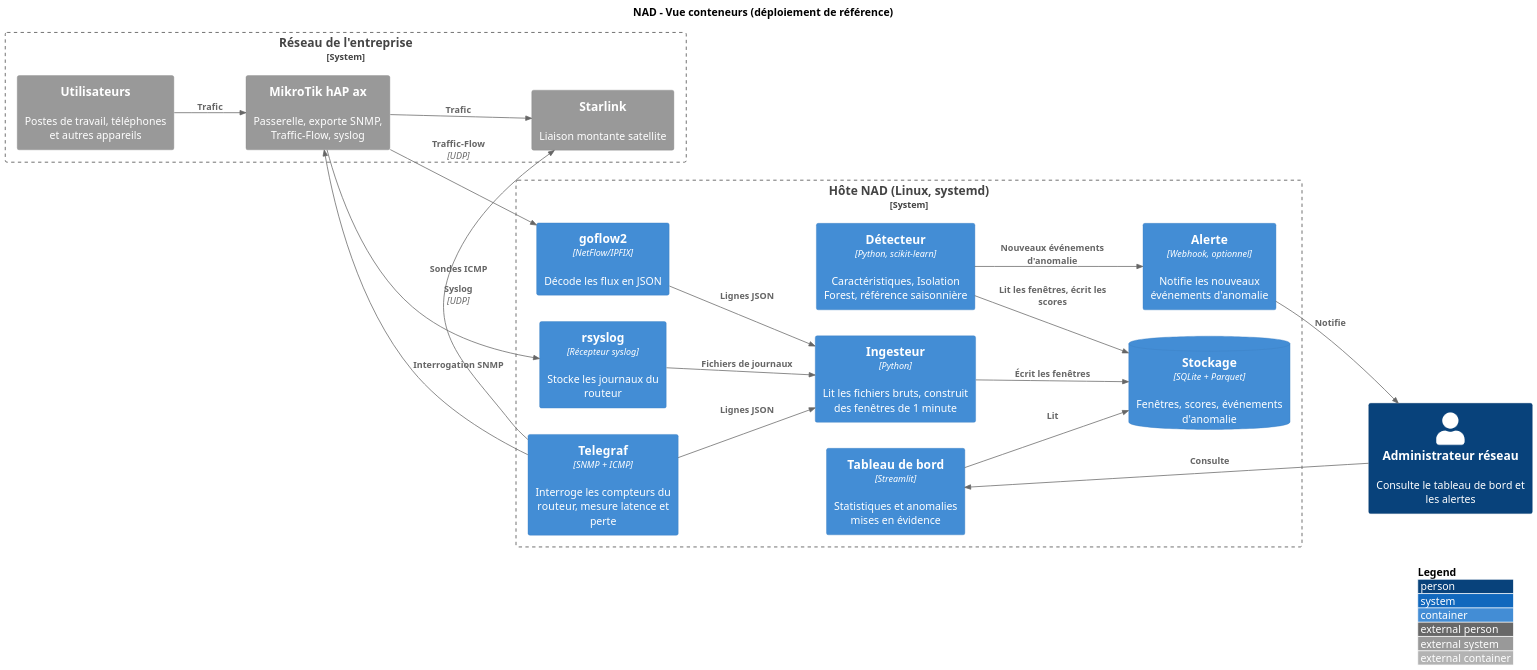
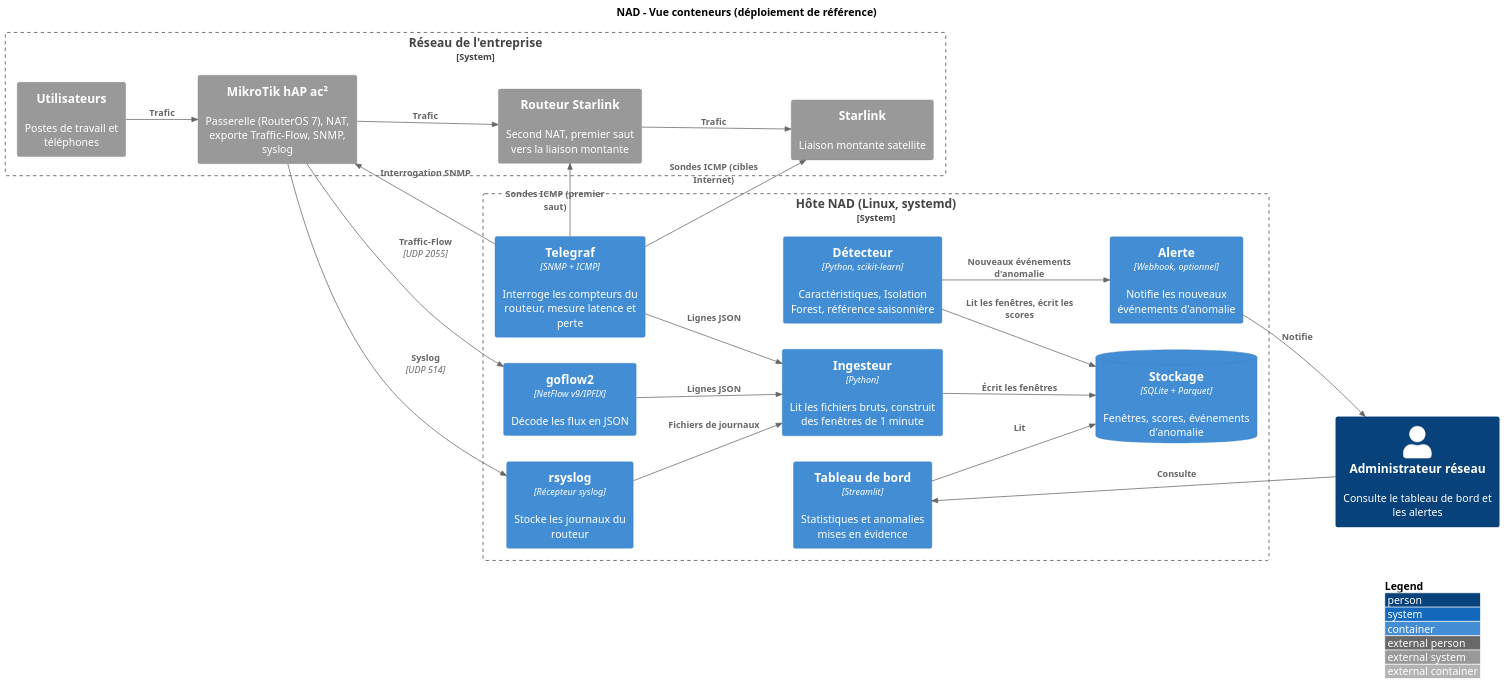
One commit to RStephanH/NAD changed the diagram in docs/diagrams/nad-containers.fr.puml. Above: the diagram before and after it, drawn with PlantUML. The commit also changed 5 other files, not shown here.

Commit message:
docs: hAP ac2 gateway, Starlink router (double NAT), per-host features from outbound flows

```diff
--- a/docs/diagrams/nad-containers.fr.puml
+++ b/docs/diagrams/nad-containers.fr.puml
@@ -1,46 +1,49 @@
 @startuml nad-containers-fr
 !include <C4/C4_Container>
 LAYOUT_LEFT_RIGHT()
 LAYOUT_WITH_LEGEND()
 skinparam dpi 150
 
 title NAD - Vue conteneurs (déploiement de référence)
 
 Person(admin, "Administrateur réseau", "Consulte le tableau de bord et les alertes")
 
 System_Boundary(site, "Réseau de l'entreprise") {
-  System_Ext(users, "Utilisateurs", "Postes de travail, téléphones et autres appareils")
-  System_Ext(gateway, "MikroTik hAP ax", "Passerelle, exporte SNMP, Traffic-Flow, syslog")
+  System_Ext(users, "Utilisateurs", "Postes de travail et téléphones")
+  System_Ext(gateway, "MikroTik hAP ac²", "Passerelle (RouterOS 7), NAT, exporte Traffic-Flow, SNMP, syslog")
+  System_Ext(slrouter, "Routeur Starlink", "Second NAT, premier saut vers la liaison montante")
   System_Ext(uplink, "Starlink", "Liaison montante satellite")
 }
 
 System_Boundary(nad, "Hôte NAD (Linux, systemd)") {
   Container(telegraf, "Telegraf", "SNMP + ICMP", "Interroge les compteurs du routeur, mesure latence et perte")
-  Container(goflow, "goflow2", "NetFlow/IPFIX", "Décode les flux en JSON")
+  Container(goflow, "goflow2", "NetFlow v9/IPFIX", "Décode les flux en JSON")
   Container(rsyslog, "rsyslog", "Récepteur syslog", "Stocke les journaux du routeur")
   Container(ingest, "Ingesteur", "Python", "Lit les fichiers bruts, construit des fenêtres de 1 minute")
   ContainerDb(store, "Stockage", "SQLite + Parquet", "Fenêtres, scores, événements d'anomalie")
   Container(detector, "Détecteur", "Python, scikit-learn", "Caractéristiques, Isolation Forest, référence saisonnière")
   Container(dashboard, "Tableau de bord", "Streamlit", "Statistiques et anomalies mises en évidence")
   Container(alerts, "Alerte", "Webhook, optionnel", "Notifie les nouveaux événements d'anomalie")
 }
 
 Rel(users, gateway, "Trafic")
-Rel(gateway, uplink, "Trafic")
+Rel(gateway, slrouter, "Trafic")
+Rel(slrouter, uplink, "Trafic")
 
 Rel(telegraf, gateway, "Interrogation SNMP")
-Rel(telegraf, uplink, "Sondes ICMP")
-Rel(gateway, goflow, "Traffic-Flow", "UDP")
-Rel(gateway, rsyslog, "Syslog", "UDP")
+Rel(telegraf, slrouter, "Sondes ICMP (premier saut)")
+Rel(telegraf, uplink, "Sondes ICMP (cibles Internet)")
+Rel(gateway, goflow, "Traffic-Flow", "UDP 2055")
+Rel(gateway, rsyslog, "Syslog", "UDP 514")
 
 Rel(telegraf, ingest, "Lignes JSON")
 Rel(goflow, ingest, "Lignes JSON")
 Rel(rsyslog, ingest, "Fichiers de journaux")
 Rel(ingest, store, "Écrit les fenêtres")
 Rel(detector, store, "Lit les fenêtres, écrit les scores")
 Rel(dashboard, store, "Lit")
 Rel(detector, alerts, "Nouveaux événements d'anomalie")
 
 Rel(admin, dashboard, "Consulte")
 Rel(alerts, admin, "Notifie")
 @enduml
```
